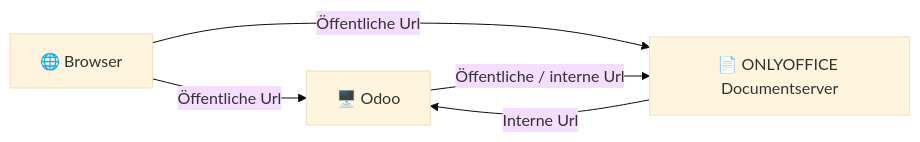
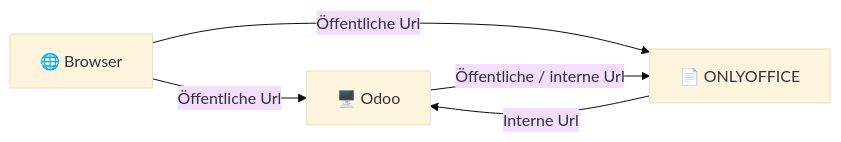
One commit to Mint-System/Odoo-Wiki changed the diagram in ONLYOFFICE Odoo.md. Above: the diagram before and after it, drawn with Mermaid (base theme). The commit also changed other lines of this file and 4 other files, not shown here.

````diff
--- a/ONLYOFFICE Odoo.md
+++ b/ONLYOFFICE Odoo.md
@@ -28,12 +28,12 @@
 ```mermaid
 flowchart LR
 
     Browser["🌐 Browser"]
     Odoo["🖥️ Odoo"]
-    DS["📄 ONLYOFFICE Documentserver"]
+    DS["📄 ONLYOFFICE"]
 
     Browser -- "Öffentliche Url" --> Odoo
     Browser -- "Öffentliche Url" --> DS
     Odoo -- "Öffentliche / interne Url" --> DS
     DS -- "Interne Url" --> Odoo
 ```
````
